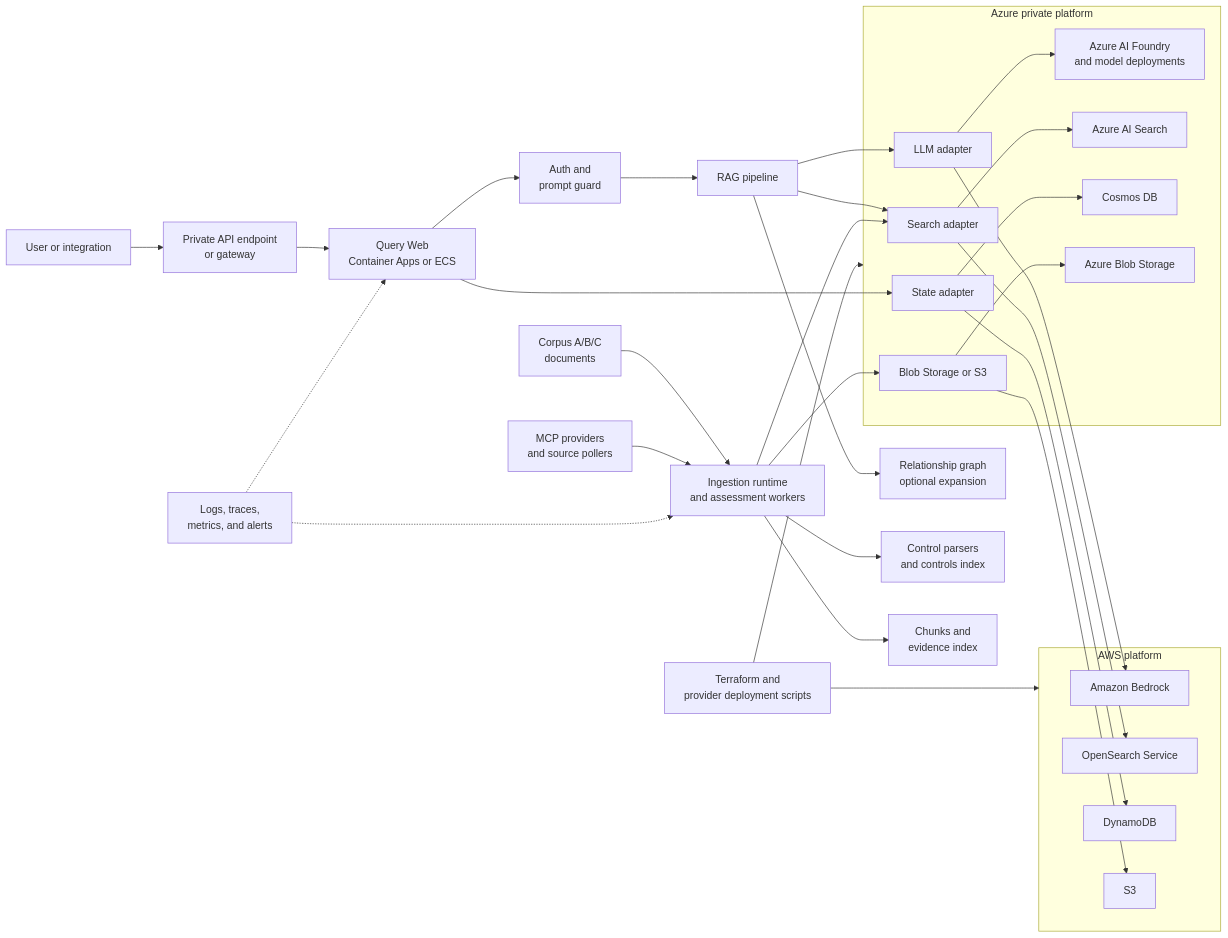
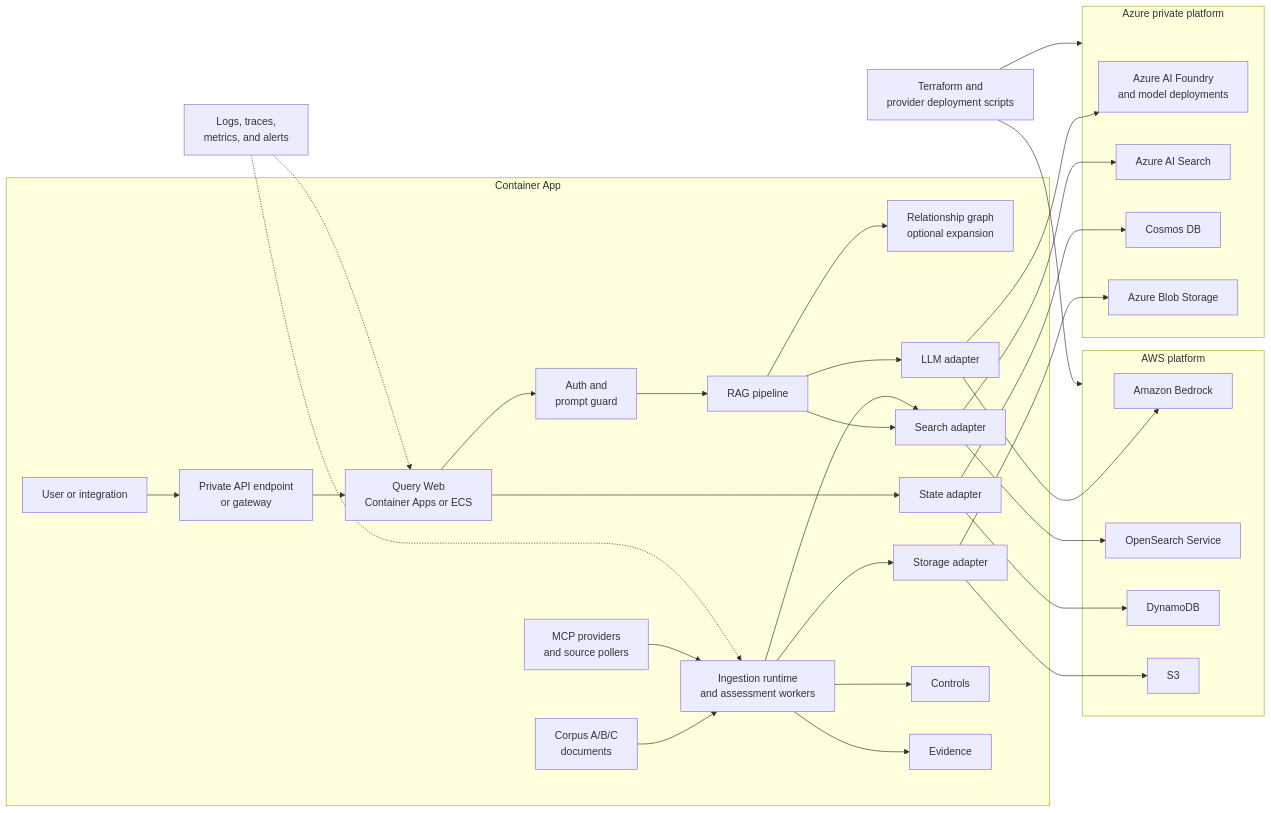
One commit to AndyArch11/sc3-Azure-Foundry-RAG changed the second of 2 diagrams in README.md. Above: the diagram before and after it, drawn with Mermaid. The commit also changed 2 other files, not shown here.

Commit message:
Addressed outstanding github identified issue

````diff
--- a/README.md
+++ b/README.md
@@ -188,46 +188,63 @@
 ```mermaid
 flowchart LR
-    User[User or integration] --> API[Private API endpoint\nor gateway]
-    API --> Query[Query Web\nContainer Apps or ECS]
+    
+    User[User or integration]  
+    Sources[Corpus A/B/C\ndocuments]  
 
-    Query --> Security[Auth and\nprompt guard]
-    Security --> RAG[RAG pipeline]
-    RAG --> Search[Search adapter]
-    RAG --> Graph[Relationship graph\noptional expansion]
-    RAG --> Model[LLM adapter]
-    Query --> State[State adapter]
+    subgraph Container[Container App]
+        Security[Auth and\nprompt guard]
+        RAG[RAG pipeline]
+        Graph[Relationship graph\noptional expansion]
+        Ingest[Ingestion runtime\nand assessment workers]
+        Poller[MCP providers\nand source pollers]
+        API[Private API endpoint\nor gateway]
+        Query[Query Web\nContainer Apps or ECS]
+        Model[LLM adapter]
+        Search[Search adapter]
+        State[State adapter]
+        Storage[Storage adapter]
+        User --> API
+        API --> Query
+        Query --> Security
+        Security --> RAG
+        RAG --> Graph
+        Sources --> Ingest
+        Poller --> Ingest
+        Ingest --> Controls
+        Ingest --> Evidence
+        RAG --> Search
+        RAG --> Model
+        Query --> State
+        Ingest --> Storage
+        Ingest --> Search
+    end
 
-    Sources[Corpus A/B/C\ndocuments] --> Ingest[Ingestion runtime\nand assessment workers]
-    Poller[MCP providers\nand source pollers] --> Ingest
-    Ingest --> Controls[Control parsers\nand controls index]
-    Ingest --> Evidence[Chunks and\nevidence index]
-    Ingest --> Storage[Blob Storage or S3]
-    Ingest --> Search
+
 
     subgraph Azure[Azure private platform]
         Foundry[Azure AI Foundry\nand model deployments]
         AzureSearch[Azure AI Search]
         Cosmos[Cosmos DB]
         AzureBlob[Azure Blob Storage]
         Model --> Foundry
         Search --> AzureSearch
         State --> Cosmos
         Storage --> AzureBlob
     end
 
     subgraph AWS[AWS platform]
         Bedrock[Amazon Bedrock]
         OpenSearch[OpenSearch Service]
         Dynamo[DynamoDB]
         S3[S3]
         Model --> Bedrock
         Search --> OpenSearch
         State --> Dynamo
         Storage --> S3
     end
 
     Terraform[Terraform and\nprovider deployment scripts] --> Azure
     Terraform --> AWS
     Observability[Logs, traces,\nmetrics, and alerts] -.-> Query
     Observability -.-> Ingest
 ```
````
